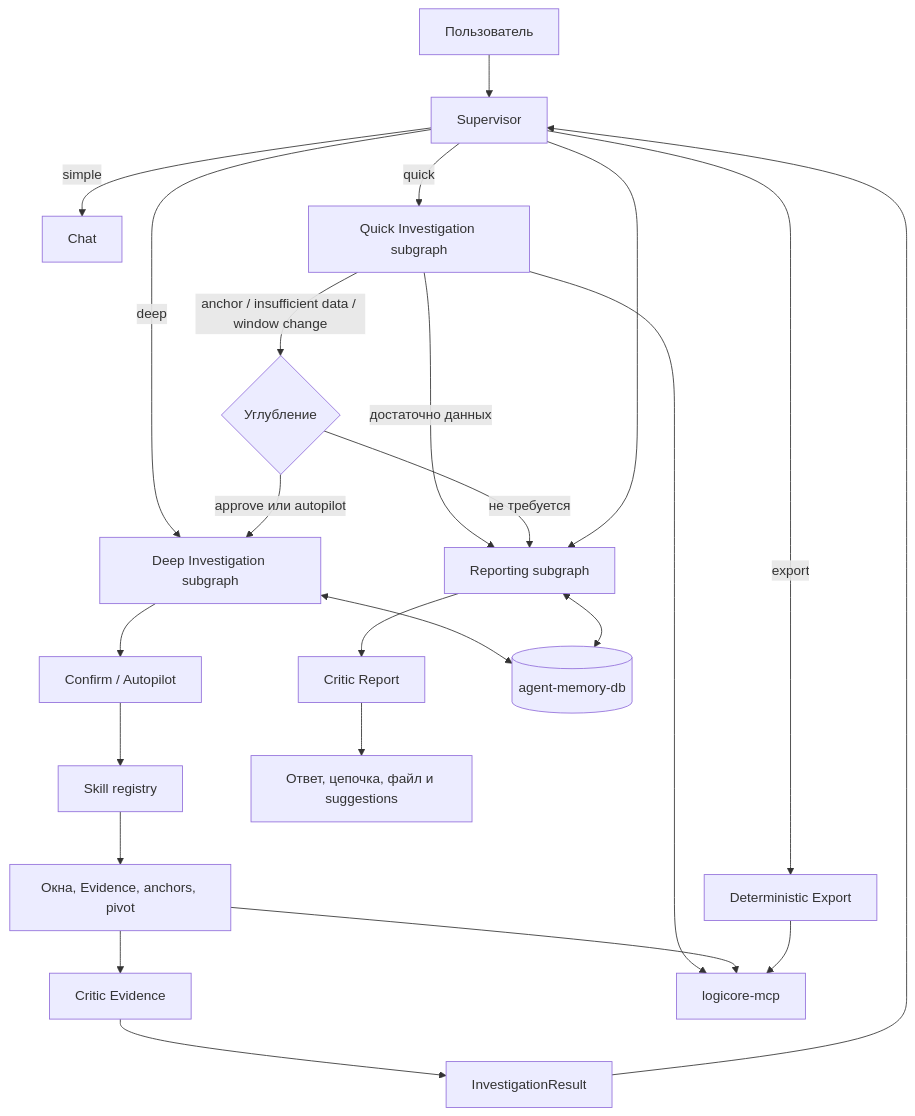
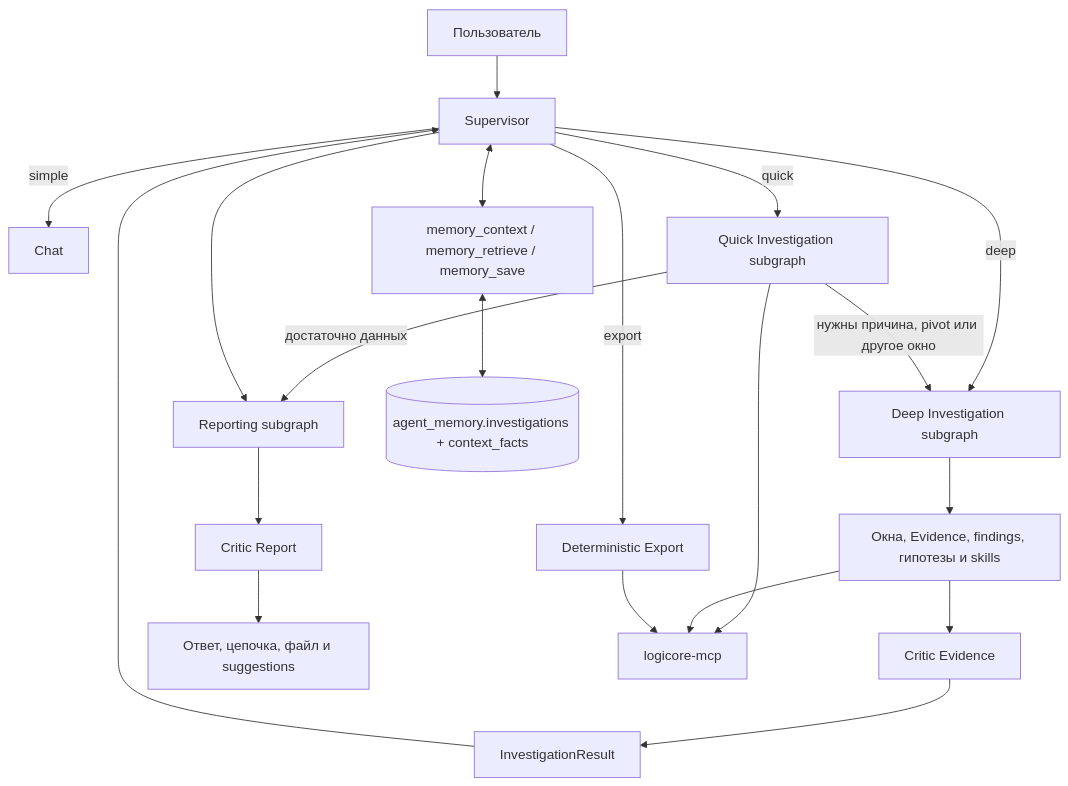
Before and after one commit to antonbezkrovnyy/agent: the second of 2 diagrams in README.md, drawn with Mermaid. The commit also changed other lines of this file and 61 other files, not shown here.

````diff
--- a/README.md
+++ b/README.md
@@ -119,31 +180,26 @@
 ```mermaid
 flowchart TD
     U[Пользователь] --> A[Supervisor]
 
     A -->|simple| C[Chat]
     A -->|export| E[Deterministic Export]
     A -->|quick| Q[Quick Investigation subgraph]
     A -->|deep| I[Deep Investigation subgraph]
 
     Q -->|достаточно данных| R[Reporting subgraph]
-    Q -->|anchor / insufficient data / window change| X{Углубление}
-    X -->|approve или autopilot| I
-    X -->|не требуется| R
-
-    I --> P[Confirm / Autopilot]
-    P --> S[Skill registry]
-    S --> W[Окна, Evidence, anchors, pivot]
-    W --> CE[Critic Evidence]
+    Q -->|нужны причина, pivot или другое окно| I
+    I --> H[Окна, Evidence, findings, гипотезы и skills]
+    H --> CE[Critic Evidence]
     CE --> IR[InvestigationResult]
     IR --> A
 
-    A --> R[Reporting subgraph]
+    A --> R
     R --> CR[Critic Report]
     CR --> DONE[Ответ, цепочка, файл и suggestions]
 
-    I <--> DB[(agent-memory-db)]
-    R <--> DB
+    A <--> M[memory_context / memory_retrieve / memory_save]
+    M <--> DB[(agent_memory.investigations + context_facts)]
     Q --> MCP[logicore-mcp]
-    W --> MCP
+    H --> MCP
     E --> MCP
 ```
````
